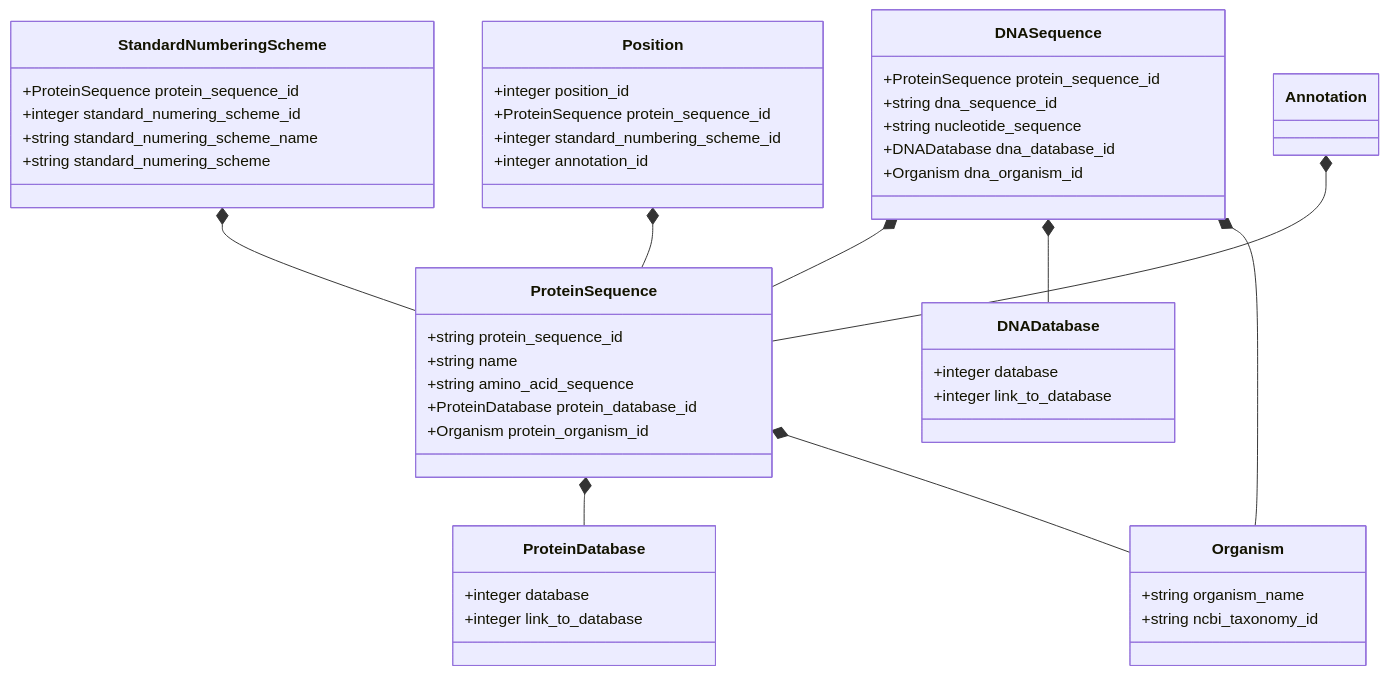
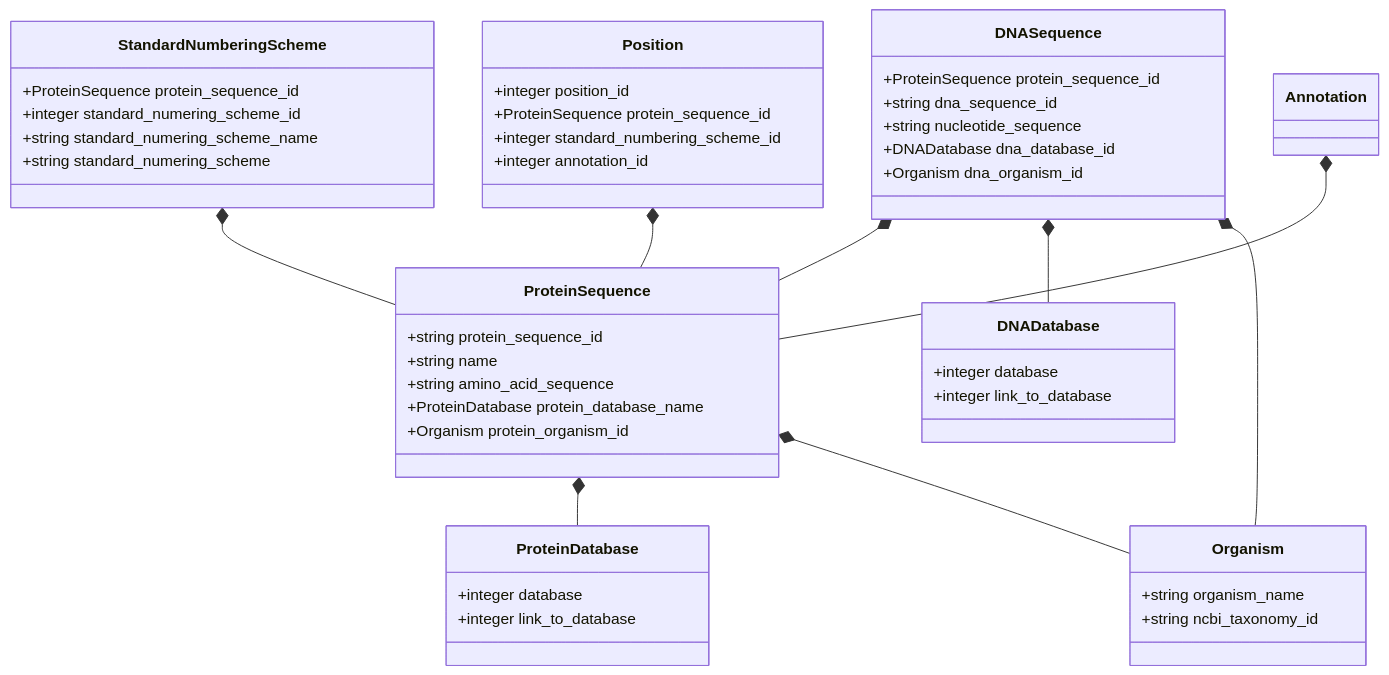
The diagram in Database/schemes/-.md (maxim945/PyEED-Fullprototype), drawn with Mermaid before and after one commit. The commit also changed 8 other files, not shown here.

````diff
--- a/Database/schemes/-.md
+++ b/Database/schemes/-.md
@@ -1,57 +1,57 @@
 ```mermaid
 classDiagram
     ProteinSequence *-- ProteinDatabase
     ProteinSequence *-- Organism
     DNASequence *-- ProteinSequence
     DNASequence *-- DNADatabase
     DNASequence *-- Organism
     StandardNumberingScheme *-- ProteinSequence
     Position *-- ProteinSequence
     Annotation *-- ProteinSequence
     
     class ProteinSequence {
         +string protein_sequence_id
         +string name
         +string amino_acid_sequence
-        +ProteinDatabase protein_database_id
+        +ProteinDatabase protein_database_name
         +Organism protein_organism_id
     }
     
     class DNASequence {
         +ProteinSequence protein_sequence_id
         +string dna_sequence_id
         +string nucleotide_sequence
         +DNADatabase dna_database_id
         +Organism dna_organism_id
     }
     
     class Organism {
         +string organism_name
         +string ncbi_taxonomy_id
     }
     
     class ProteinDatabase {
         +integer database
         +integer link_to_database
     }
     
     class DNADatabase {
         +integer database
         +integer link_to_database
     }
     
     class StandardNumberingScheme {
         +ProteinSequence protein_sequence_id
         +integer standard_numering_scheme_id
         +string standard_numering_scheme_name
         +string standard_numering_scheme
     }
     
     class Position {
         +integer position_id
         +ProteinSequence protein_sequence_id
         +integer standard_numbering_scheme_id
         +integer annotation_id
     }
     
 ```
````
